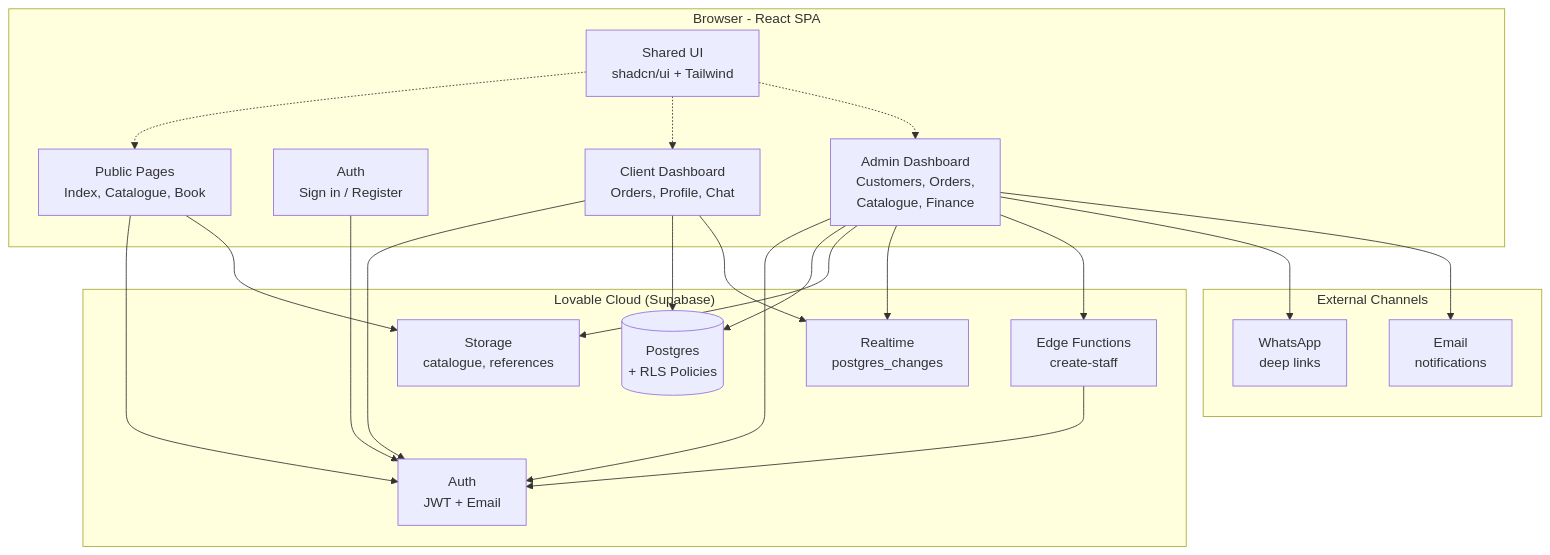
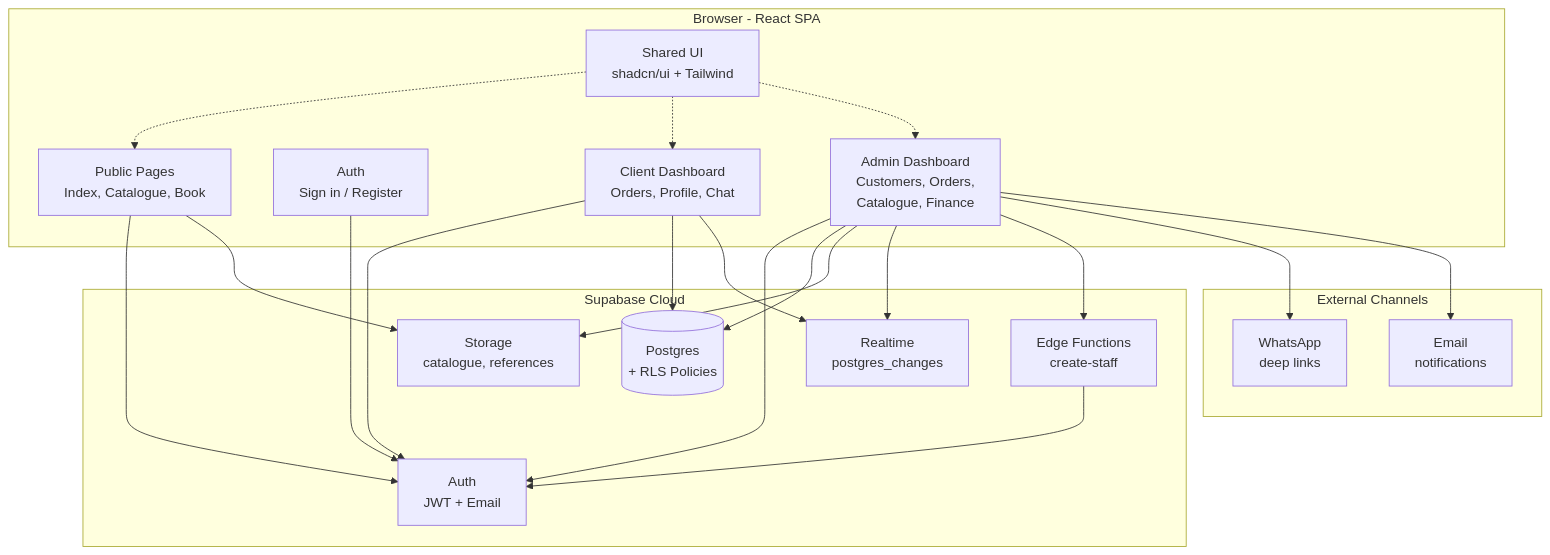
The first of 4 diagrams in README.md (MS0C54073/salemtailors), drawn with Mermaid before and after one commit. The commit also changed other lines of this file and 7 other files, not shown here.

````diff
--- a/README.md
+++ b/README.md
@@ -97,41 +93,41 @@
 ```mermaid
 graph TB
     subgraph Browser["Browser - React SPA"]
         Public["Public Pages<br/>Index, Catalogue, Book"]
         Auth["Auth<br/>Sign in / Register"]
         ClientDash["Client Dashboard<br/>Orders, Profile, Chat"]
         AdminDash["Admin Dashboard<br/>Customers, Orders,<br/>Catalogue, Finance"]
         Shared["Shared UI<br/>shadcn/ui + Tailwind"]
     end
 
-    subgraph Cloud["Lovable Cloud (Supabase)"]
+    subgraph Cloud["Supabase Cloud"]
         SupaAuth["Auth<br/>JWT + Email"]
         Postgres[("Postgres<br/>+ RLS Policies")]
         Storage["Storage<br/>catalogue, references"]
         Realtime["Realtime<br/>postgres_changes"]
         Edge["Edge Functions<br/>create-staff"]
     end
 
     subgraph External["External Channels"]
         WA["WhatsApp<br/>deep links"]
         Email["Email<br/>notifications"]
     end
 
     Public --> SupaAuth
     Auth --> SupaAuth
     ClientDash --> SupaAuth
     AdminDash --> SupaAuth
     ClientDash --> Postgres
     AdminDash --> Postgres
     AdminDash --> Storage
     Public --> Storage
     ClientDash --> Realtime
     AdminDash --> Realtime
     AdminDash --> Edge
     Edge --> SupaAuth
     AdminDash --> WA
     AdminDash --> Email
     Shared -.-> Public
     Shared -.-> ClientDash
     Shared -.-> AdminDash
 ```
````
